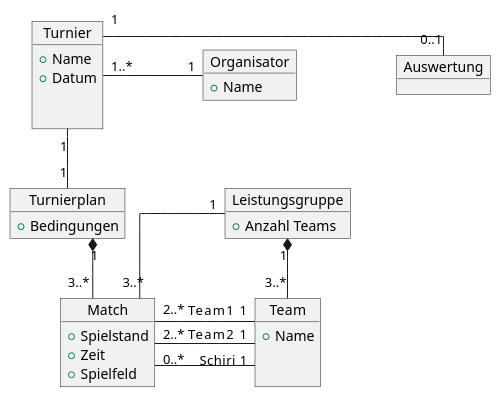
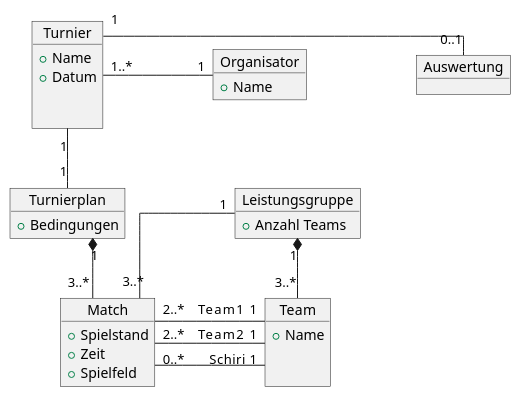
The diagram in docs/requirements/plantuml/domain_model.puml (max-htw/htwd-turnierauswertungssoftware), drawn with PlantUML before and after one commit. The commit also changed 2 other files, not shown here.

```diff
--- a/docs/requirements/plantuml/domain_model.puml
+++ b/docs/requirements/plantuml/domain_model.puml
@@ -1,35 +1,35 @@
 @startuml Domain Model
 skinparam linetype ortho
-skinparam nodesep 100
+skinparam nodesep 110
 
 object Turnier
 Turnier : + Name
 Turnier : + Datum
 Turnier : \n
 object Organisator
 Organisator : + Name
 object Auswertung
 object Turnierplan
   Turnierplan : + Bedingungen
 object Match
   Match : + Spielstand
   Match : + Zeit
   Match : + Spielfeld
 object Team
   Team : + Name
   Team : \n
 object Leistungsgruppe
 Leistungsgruppe : + Anzahl Teams
 
 Turnier "1" -r- "\n0..1" Auswertung 
 Turnier "1..*" -r- "1" Organisator
 Turnier "1" -d- "1" Turnierplan
 Turnierplan "1" *-d- "3..*" Match
 Leistungsgruppe "1" *-- "3..*" Team
 
 Leistungsgruppe "1" -- "3..*" Match
 Match "2..*" -r- "Team1   1" Team
 Match "2..*" -r- "Team2   1" Team
 Match "0..*" -r- "Schiri  1" Team
 
 @enduml
```
